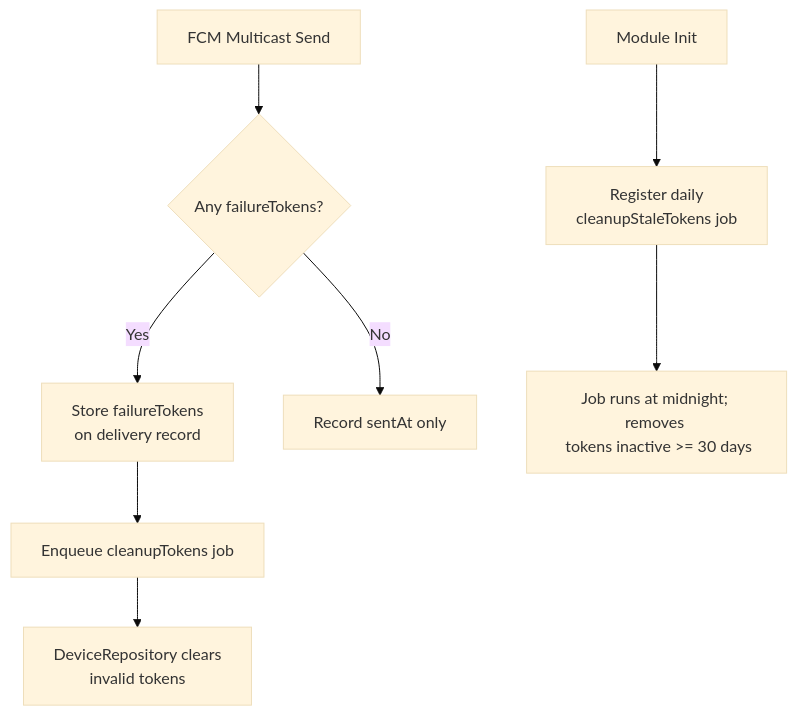
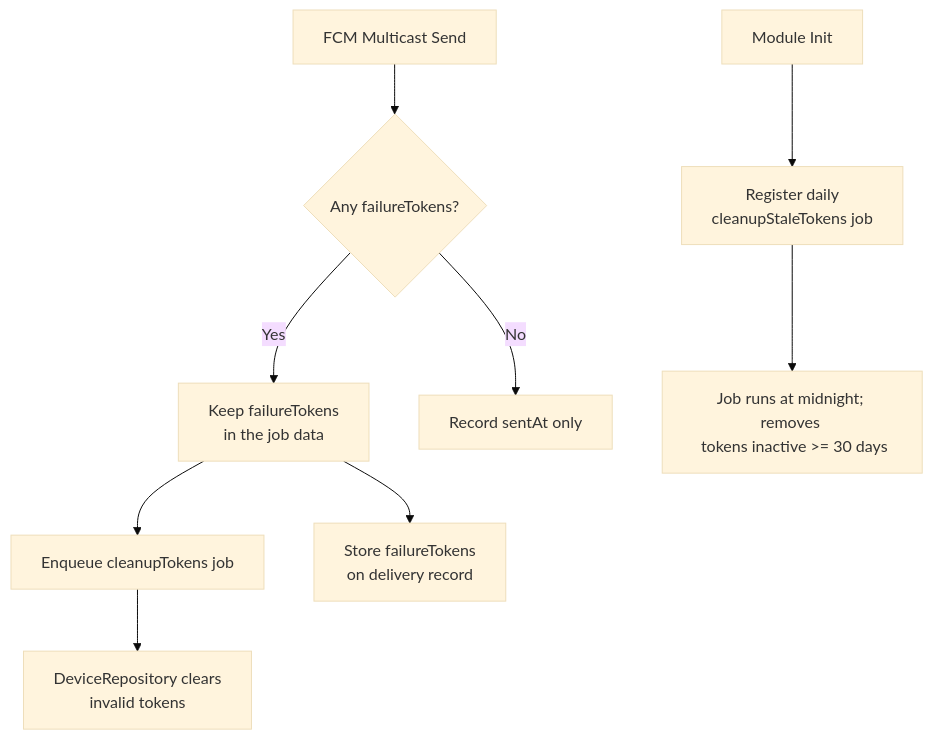
One commit to andrechristikan/ack-nestjs-boilerplate changed the second of 3 diagrams in docs/notification.md. Above: the diagram before and after it, drawn with Mermaid (base theme). The commit also changed other lines of this file and 115 other files, not shown here.

````diff
--- a/docs/notification.md
+++ b/docs/notification.md
@@ -466,11 +530,12 @@
 ```mermaid
 graph TD
     A[FCM Multicast Send] --> B{Any failureTokens?}
-    B -->|Yes| C[Store failureTokens <br/> on delivery record]
+    B -->|Yes| C[Keep failureTokens <br/> in the job data]
     C --> D[Enqueue cleanupTokens job]
-    D --> E[DeviceRepository clears <br/> invalid tokens]
+    C --> E[Store failureTokens <br/> on delivery record]
+    D --> J[DeviceRepository clears <br/> invalid tokens]
     B -->|No| F[Record sentAt only]
 
     G[Module Init] --> H[Register daily <br/> cleanupStaleTokens job]
     H --> I[Job runs at midnight; removes <br/> tokens inactive >= 30 days]
 ```
````
